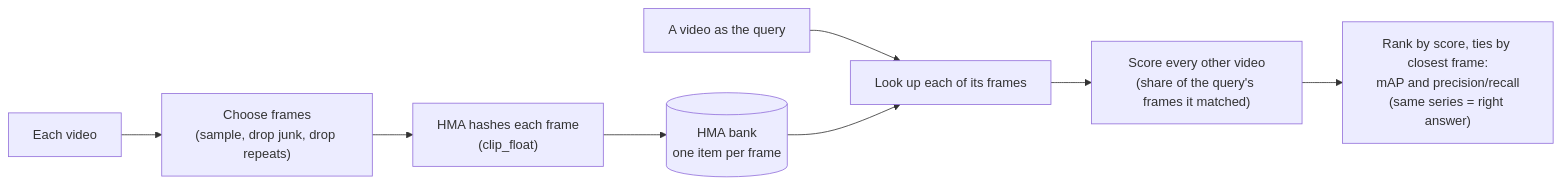
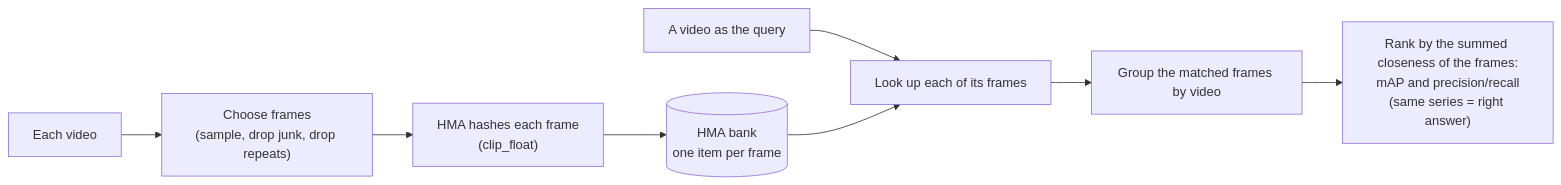
One commit to UMass-Rescue/2025-project-roost-evaluation changed the diagram in hma/video/README.md. Above: the diagram before and after it, drawn with Mermaid. The commit also changed other lines of this file and 17 other files, not shown here.

First line of the commit message:
Rank videos by the summed closeness of their matched frames

````diff
--- a/hma/video/README.md
+++ b/hma/video/README.md
@@ -18,10 +17,10 @@
 ```mermaid
 flowchart LR
     A[Each video] --> B["Choose frames<br/>(sample, drop junk, drop repeats)"]
     B --> C["HMA hashes each frame<br/>(clip_float)"]
     C --> D[("HMA bank<br/>one item per frame")]
     E[A video as the query] --> F[Look up each of its frames]
     D --> F
-    F --> G["Score every other video<br/>(share of the query's frames it matched)"]
-    G --> H["Rank by score, ties by closest frame:<br/>mAP and precision/recall<br/>(same series = right answer)"]
+    F --> G["Group the matched frames by video"]
+    G --> H["Rank by the summed closeness of the frames:<br/>mAP and precision/recall<br/>(same series = right answer)"]
 ```
````
